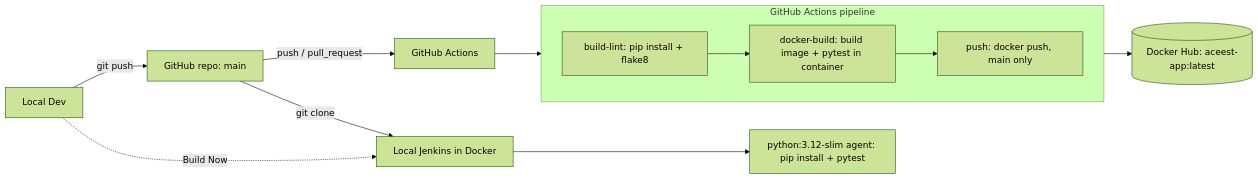
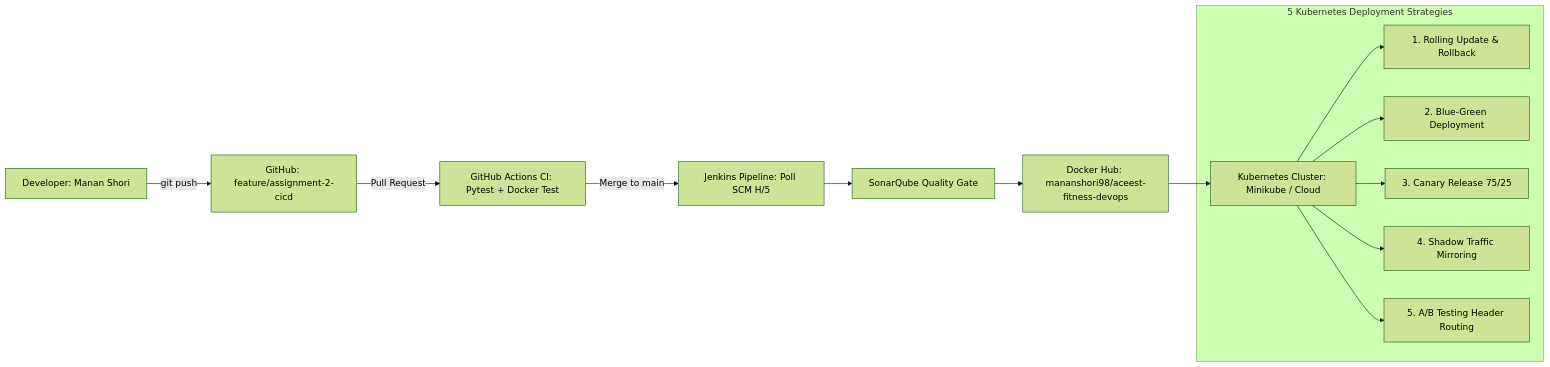
Before and after one commit to mananshori98/aceest-devops: the diagram in README.md, drawn with Mermaid (forest theme). The commit also changed other lines of this file and 33 other files, not shown here.

Commit message:
feat(assignment-2): complete CI/CD pipeline, REST API v2.0.0, Pytest suite, SonarQube, Docker, and Kubernetes deployment strategies

````diff
--- a/README.md
+++ b/README.md
@@ -49,15 +16,16 @@
 ```mermaid
 flowchart LR
-    Dev[Local Dev] -->|git push| GH[GitHub repo: main]
-    GH -->|push / pull_request| GA[GitHub Actions]
-    subgraph GA_Pipeline [GitHub Actions pipeline]
-        direction LR
-        L[build-lint: pip install + flake8] --> T[docker-build: build image + pytest in container]
-        T --> P[push: docker push, main only]
+    Dev[Developer: Manan Shori] -->|git push| Git[GitHub: feature/assignment-2-cicd]
+    Git -->|Pull Request| GHA[GitHub Actions CI: Pytest + Docker Test]
+    GHA -->|Merge to main| Jenkins[Jenkins Pipeline: Poll SCM H/5]
+    Jenkins --> Sonar[SonarQube Quality Gate]
+    Sonar --> DHub[Docker Hub: mananshori98/aceest-fitness-devops]
+    DHub --> K8s[Kubernetes Cluster: Minikube / Cloud]
+    subgraph K8s_Strategies [5 Kubernetes Deployment Strategies]
+        K8s --> S1[1. Rolling Update & Rollback]
+        K8s --> S2[2. Blue-Green Deployment]
+        K8s --> S3[3. Canary Release 75/25]
+        K8s --> S4[4. Shadow Traffic Mirroring]
+        K8s --> S5[5. A/B Testing Header Routing]
     end
-    GA --> L
-    P --> DH[(Docker Hub: aceest-app:latest)]
-    Dev -.->|Build Now| J[Local Jenkins in Docker]
-    GH -->|git clone| J
-    J --> JB[python:3.12-slim agent: pip install + pytest]
 ```
````
